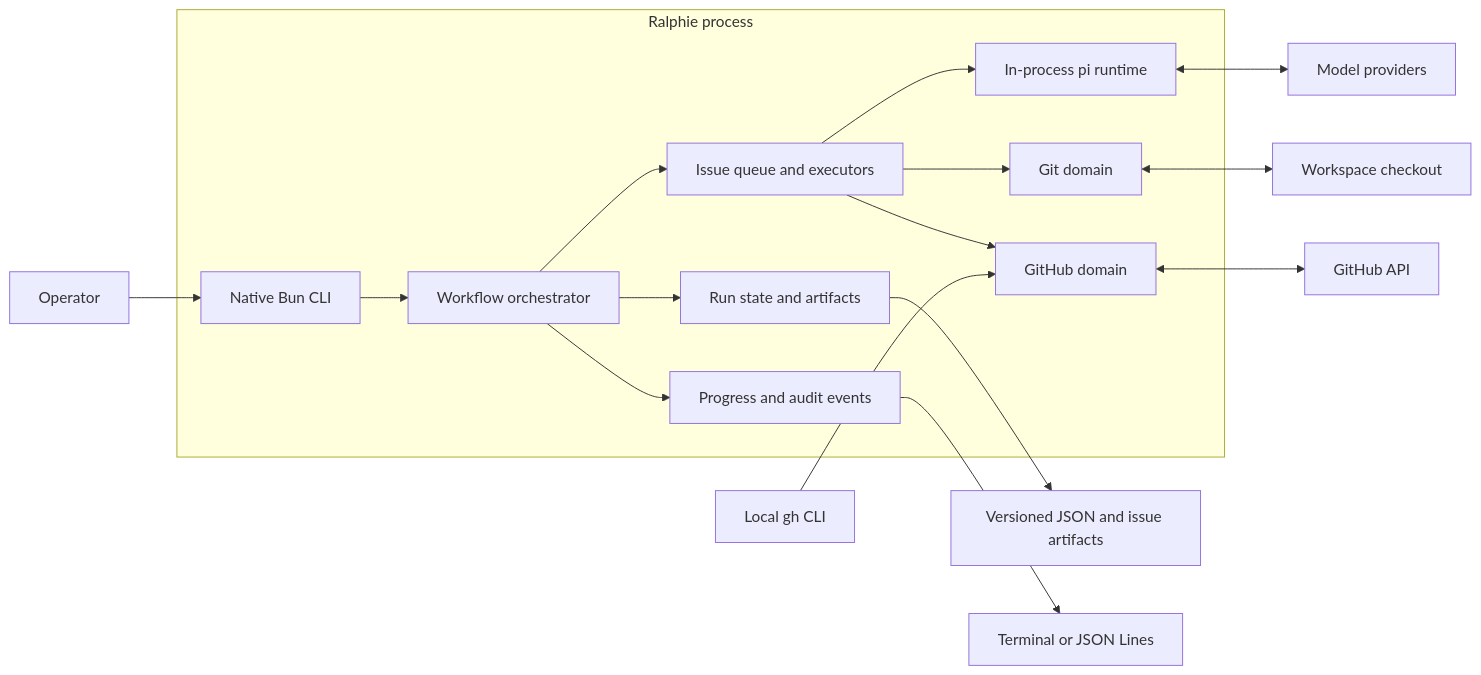
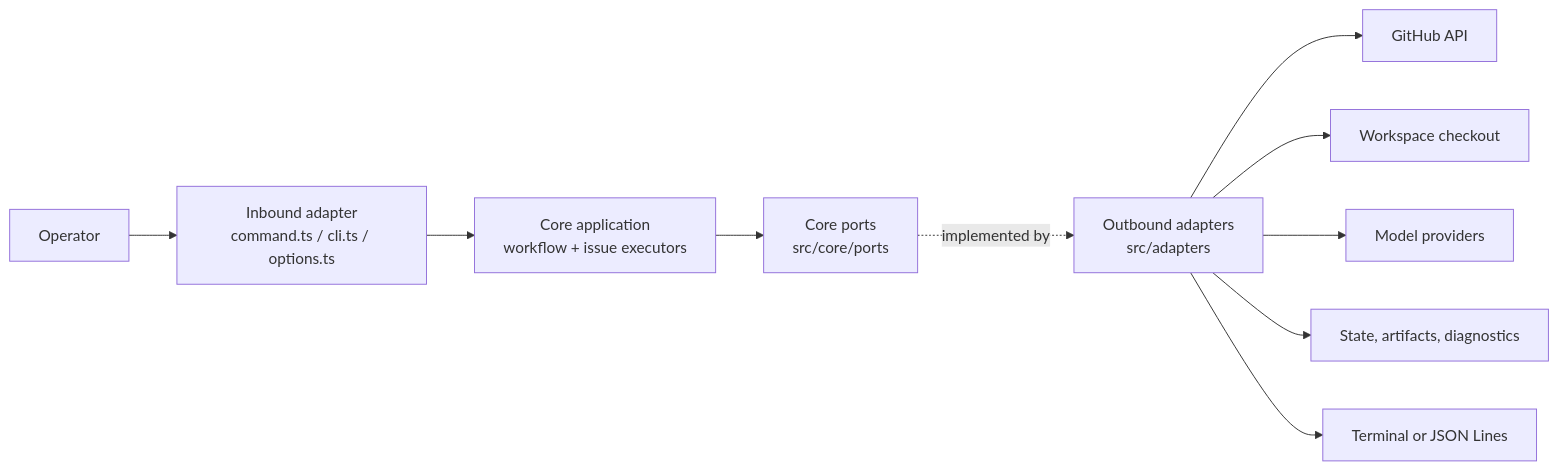
The diagram in docs/architecture.md (beremaran/ralphie), drawn with Mermaid before and after one commit. The commit also changed other lines of this file and 79 other files, not shown here.

First line of the commit message:
Complete the hexagonal split: extract ports and isolate core

````diff
--- a/docs/architecture.md
+++ b/docs/architecture.md
@@ -13,21 +13,12 @@
 ```mermaid
 flowchart LR
-    U[Operator] --> CLI[Native Bun CLI]
-
-    subgraph RP["Ralphie process"]
-        CLI --> W[Workflow orchestrator]
-        W --> Q[Issue queue and executors]
-        W --> S[Run state and artifacts]
-        W --> P[Progress and audit events]
-        Q --> PI[In-process pi runtime]
-        Q --> GD[Git domain]
-        Q --> GHD[GitHub domain]
-    end
-
-    AUTH[Local gh CLI] --> GHD
-    GHD <--> GH[GitHub API]
-    GD <--> REPO[Workspace checkout]
-    PI <--> LLM[Model providers]
-    S --> DISK[Versioned JSON and issue artifacts]
-    P --> TERM[Terminal or JSON Lines]
+    U[Operator] --> CLI["Inbound adapter<br/>command.ts / cli.ts / options.ts"]
+    CLI --> APP["Core application<br/>workflow + issue executors"]
+    APP --> PORTS["Core ports<br/>src/core/ports"]
+    PORTS -. implemented by .-> AD["Outbound adapters<br/>src/adapters"]
+    AD --> GH[GitHub API]
+    AD --> REPO[Workspace checkout]
+    AD --> LLM[Model providers]
+    AD --> DISK[State, artifacts, diagnostics]
+    AD --> TERM[Terminal or JSON Lines]
 ```
````
